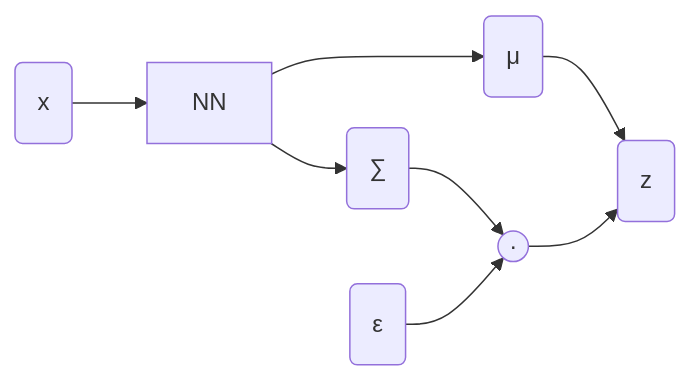
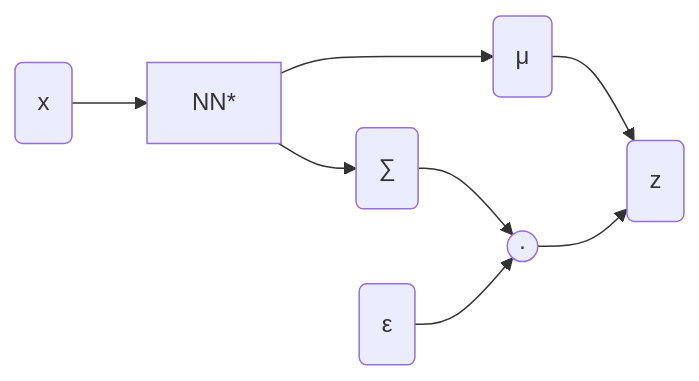
One commit to dp0d/dp0d.github.io changed the fourth of 4 diagrams in content/posts/2022/Variational_Inference/index.md. Above: the diagram before and after it, drawn with Mermaid. The commit also changed other lines of this file, not shown here.

````diff
--- a/content/posts/2022/Variational_Inference/index.md
+++ b/content/posts/2022/Variational_Inference/index.md
@@ -336,13 +336,13 @@
 ```mermaid
 graph LR
 
-A(x)-->NN[NN]-->U("#mu;")
+A(x)-->NN[NN*]-->U("#mu;")
 U-->Z(z)
 NN-->S("#sum;")
 S-->D(("·"))
 E("#epsilon;")-->D
 D-->Z
 
 
 
 ```
````
